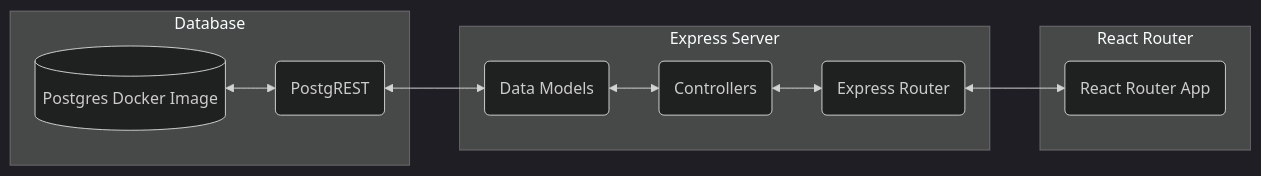
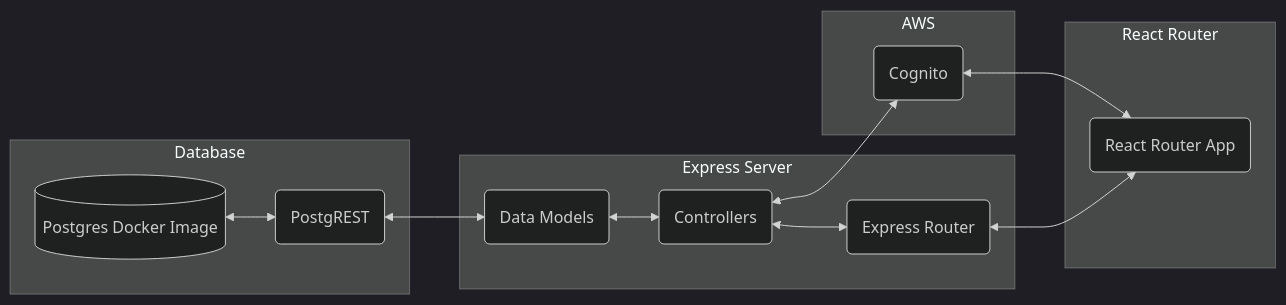
Before and after one commit to olivermarkey/fullstack-assessment: the diagram in README.md, drawn with Mermaid (dark theme). The commit also changed other lines of this file and 18 other files, not shown here.

````diff
--- a/README.md
+++ b/README.md
@@ -21,14 +21,18 @@
 ```mermaid
 flowchart LR
     subgraph Database
     A[(Postgres Docker Image)] <--> B(PostgREST)
     end
     subgraph Express Server
     B <--> C(Data Models)
     C <--> D(Controllers)
     D <--> F(Express Router)
     end
+    subgraph AWS
+    D <--> H(Cognito)
+    end
     subgraph React Router
+    H <--> G
     F <--> G(React Router App)
     end
 ```
````
